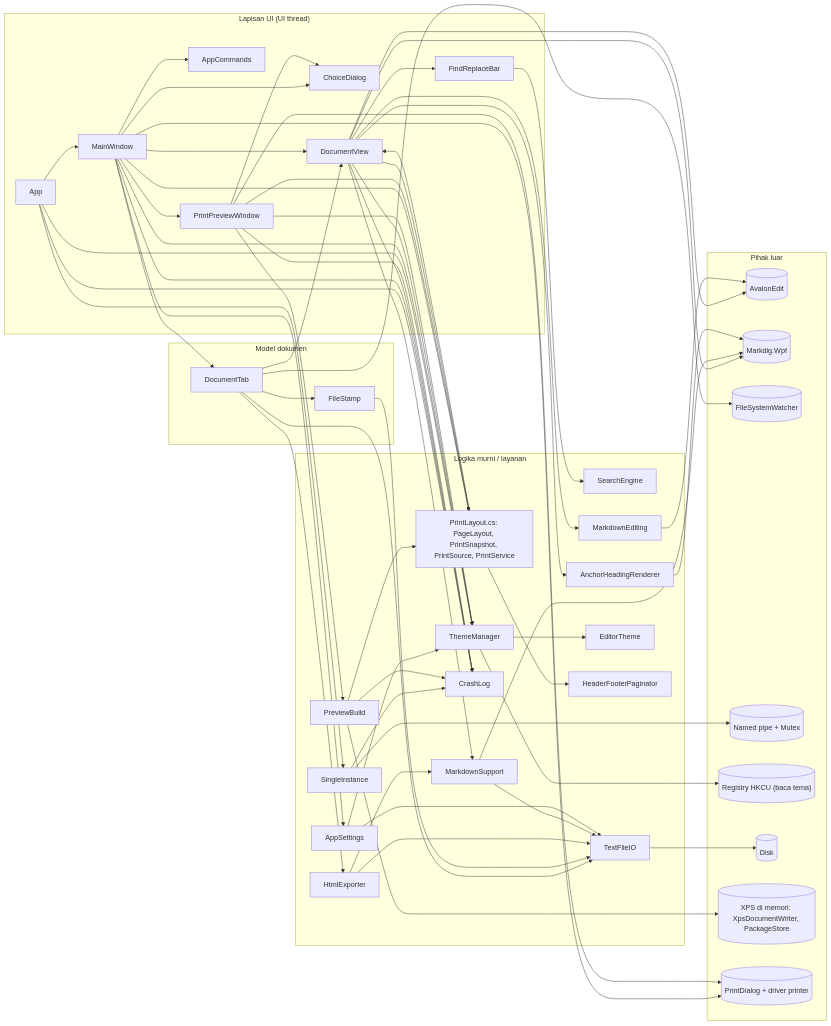
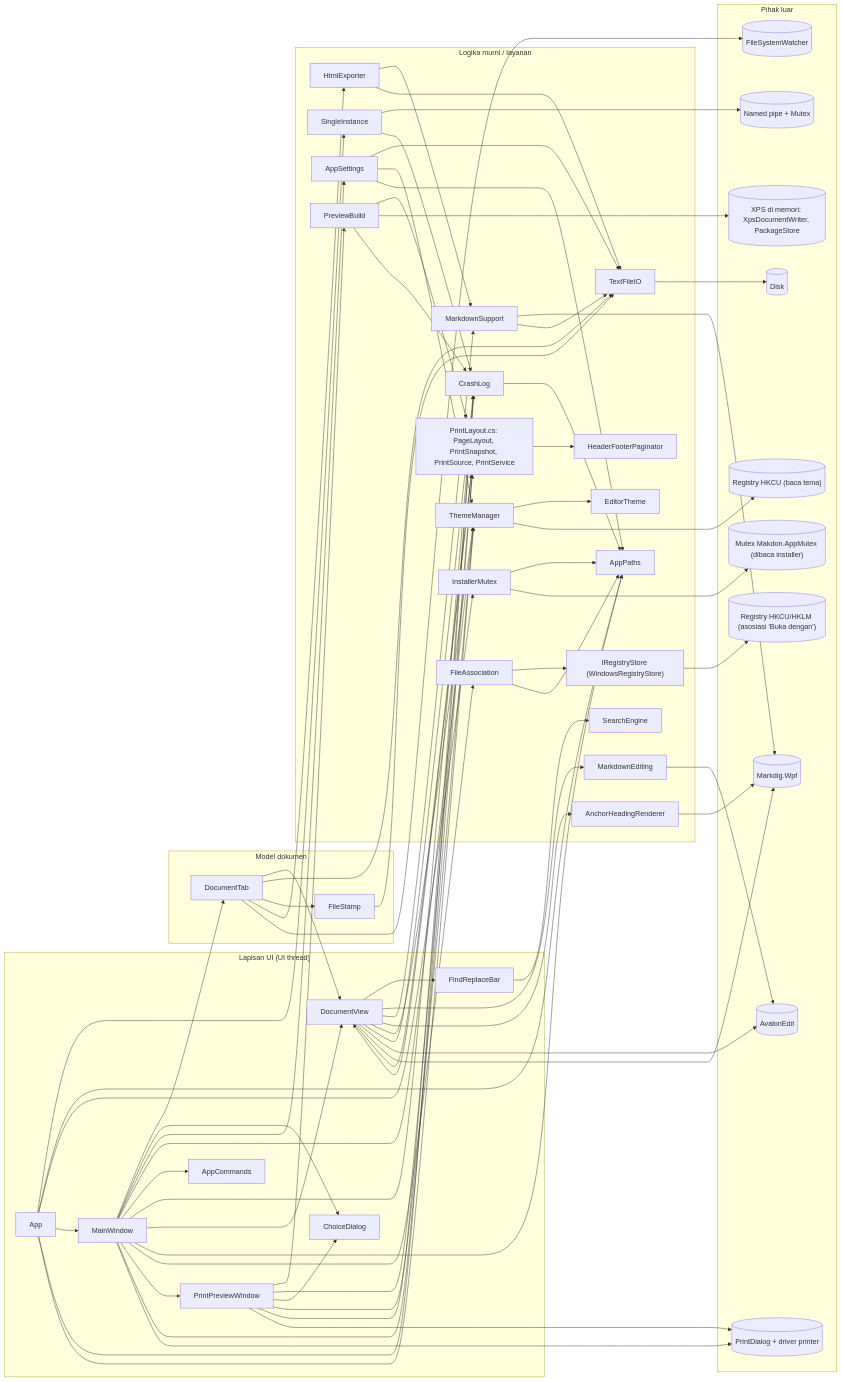
Before and after one commit to hoaaah/Makdon: the first of 14 diagrams in docs/ARCHITECTURE.md, drawn with Mermaid. The commit also changed other lines of this file and 9 other files, not shown here.

```diff
--- a/docs/ARCHITECTURE.md
+++ b/docs/ARCHITECTURE.md
@@ -87,6 +92,10 @@
         PL["PrintLayout.cs: PageLayout, PrintSnapshot, PrintSource, PrintService"]
         HF["HeaderFooterPaginator"]
         PB["PreviewBuild"]
+        AP["AppPaths"]
+        FA["FileAssociation"]
+        RS["IRegistryStore (WindowsRegistryStore)"]
+        IM["InstallerMutex"]
     end
 
     subgraph Ext["Pihak luar"]
@@ -98,9 +107,13 @@
         DISK[("Disk")]
         XPS[("XPS di memori: XpsDocumentWriter, PackageStore")]
         PD[("PrintDialog + driver printer")]
+        REG2[("Registry HKCU/HKLM (asosiasi 'Buka dengan')")]
+        MTX[("Mutex Makdon.AppMutex (dibaca installer)")]
     end
 
     App --> SI
+    App --> AP
+    App --> IM
     App --> MW
     App --> CL
     App --> TM
@@ -136,6 +149,15 @@
     AH --> MD
     AS --> IO
     AS --> TM
+    AS --> AP
+    CL --> AP
+    MW --> AP
+    MW --> FA
+    FA --> RS
+    FA --> AP
+    RS --> REG2
+    IM --> AP
+    IM --> MTX
     TM --> ET
     TM --> REG
     IO --> DISK
```
